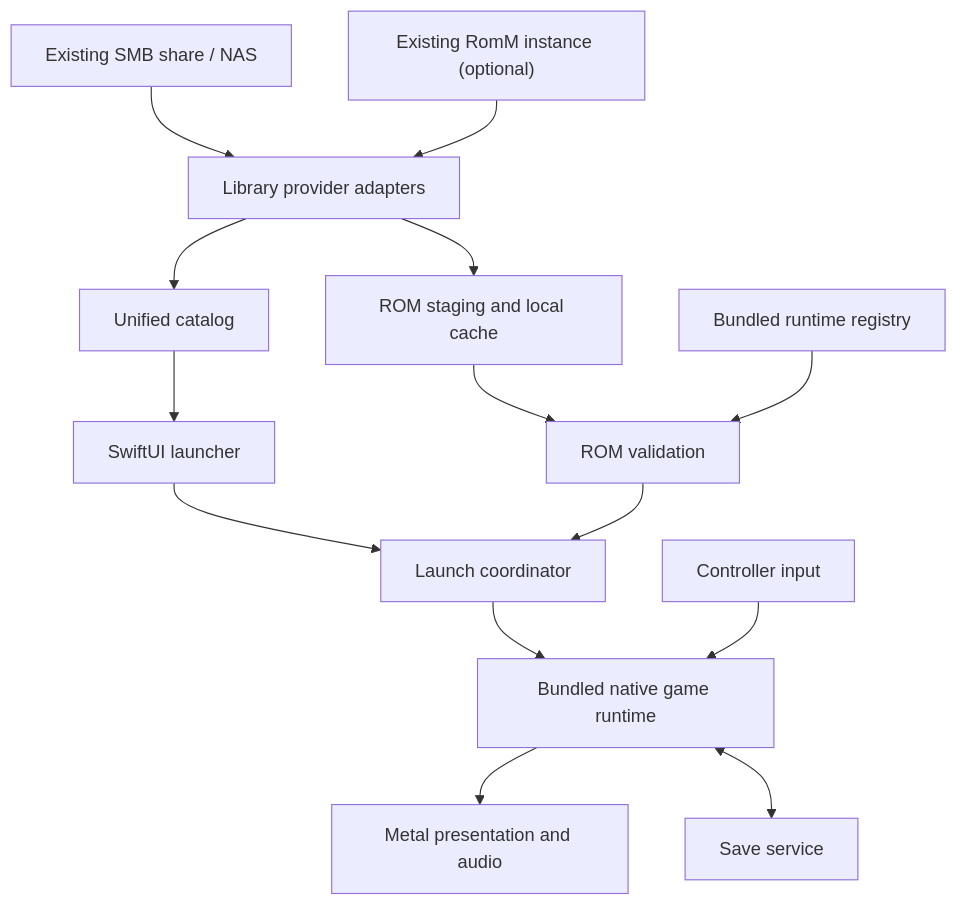
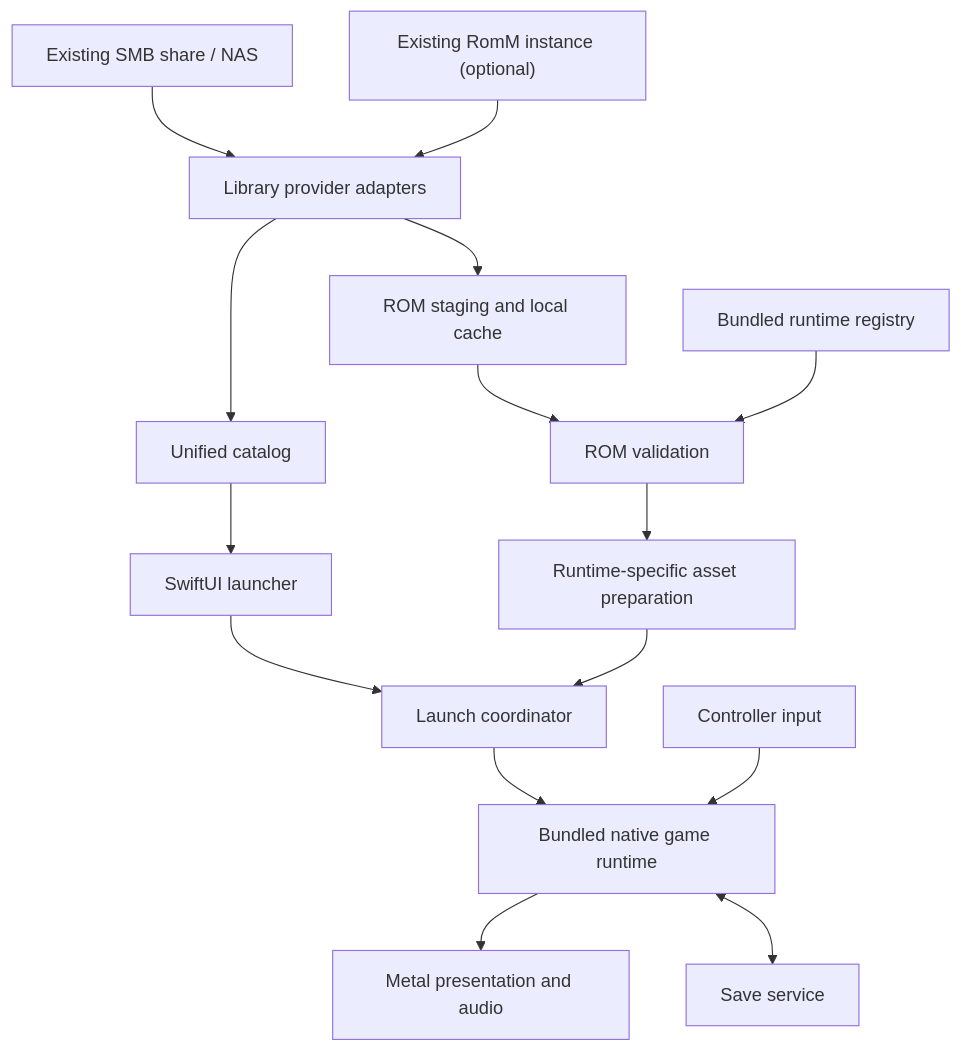
Before and after one commit to smidley/atv-recomp: the diagram in ARCHITECTURE.md, drawn with Mermaid. The commit also changed other lines of this file and 14 other files, not shown here.

Commit message:
Start Shipwright ROM identification and set the N64-first roadmap

```diff
--- a/ARCHITECTURE.md
+++ b/ARCHITECTURE.md
@@ -11,16 +11,17 @@
 ~~~mermaid
 flowchart TD
     SMB["Existing SMB share / NAS"] --> Providers["Library provider adapters"]
     RomM["Existing RomM instance (optional)"] --> Providers
     Providers --> Catalog["Unified catalog"]
     Catalog --> UI["SwiftUI launcher"]
     UI --> Launch["Launch coordinator"]
     Providers --> Cache["ROM staging and local cache"]
     Cache --> Validation["ROM validation"]
     Registry["Bundled runtime registry"] --> Validation
-    Validation --> Launch
+    Validation --> Assets["Runtime-specific asset preparation"]
+    Assets --> Launch
     Launch --> Runtime["Bundled native game runtime"]
     Input["Controller input"] --> Runtime
     Runtime --> Graphics["Metal presentation and audio"]
     Runtime <--> Saves["Save service"]
 ~~~
```
